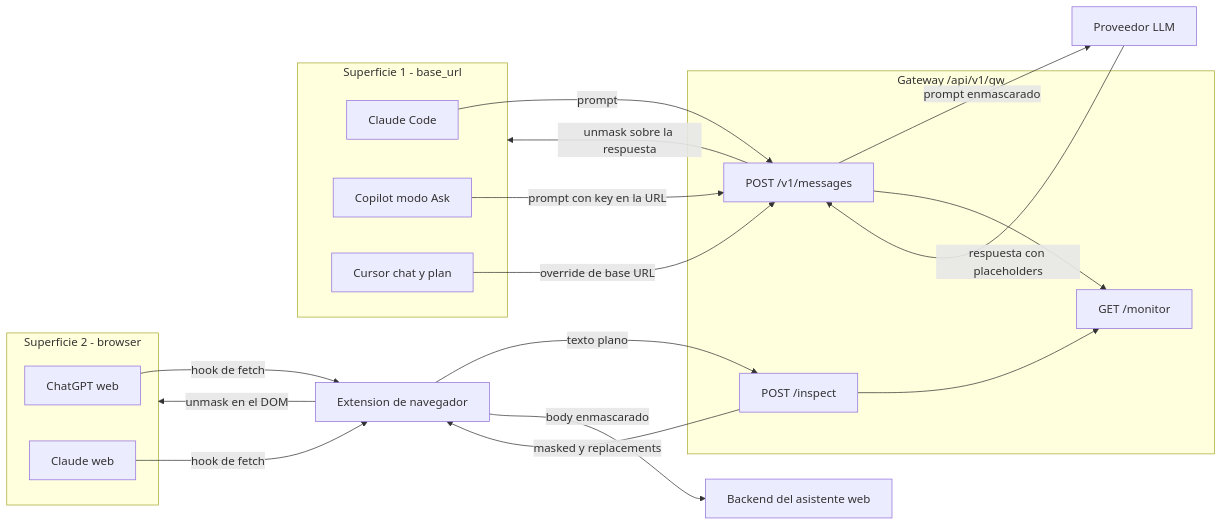
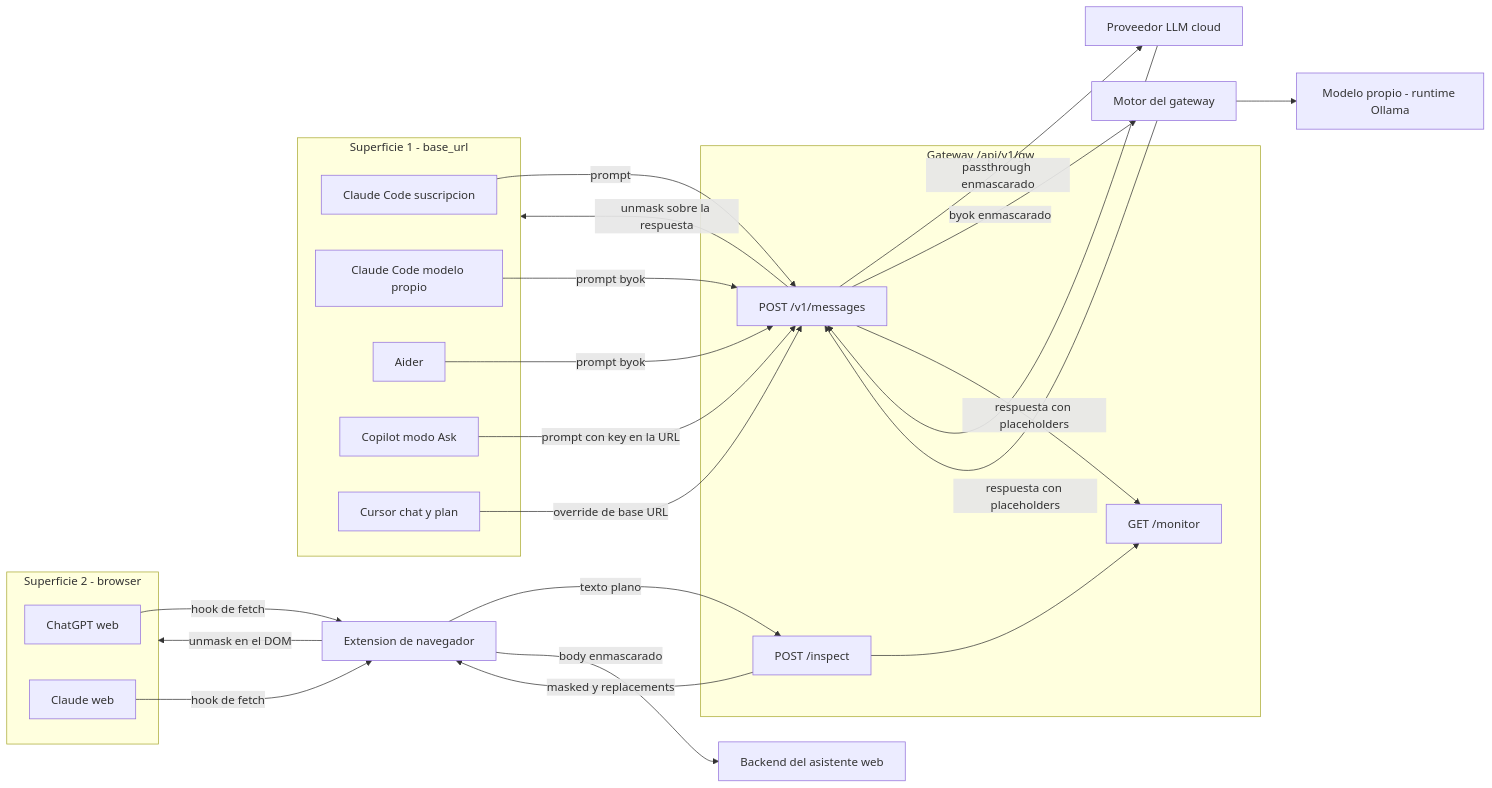
One commit to cluna-8/elea changed the first of 3 diagrams in docs/docs/integrations/index.md. Above: the diagram before and after it, drawn with Mermaid. The commit also changed other lines of this file and 1 other file, not shown here.

Commit message:
docs(024): coherencia post-review de JF — topología §1 con las superficies nuevas + troubleshooting corregido
- mermaid de topología: Claude Code modelo propio + Aider en S1, camino byok →
  motor → runtime Ollama explícito, unmask sobre ambos caminos de vuelta
- operations: la fila 'byok Claude Code falla tool-calling' estaba falsificada
  por el Spike 2 — re-alcanzada a Copilot/Cursor (G1) con el camino agéntico real
- lista de superficies §1 incluye Aider y modelo propio

````diff
--- a/docs/docs/integrations/index.md
+++ b/docs/docs/integrations/index.md
@@ -31,35 +31,44 @@
 ```mermaid
 graph LR
     subgraph S1 [Superficie 1 - base_url]
-        CC[Claude Code]
+        CC[Claude Code suscripcion]
+        CM[Claude Code modelo propio]
+        AI[Aider]
         CP[Copilot modo Ask]
         CU[Cursor chat y plan]
     end
     subgraph S2 [Superficie 2 - browser]
         CH[ChatGPT web]
         CL[Claude web]
     end
     EXT[Extension de navegador]
     subgraph GWY [Gateway /api/v1/gw]
         MSG[POST /v1/messages]
         INS[POST /inspect]
         MON[GET /monitor]
     end
-    LLM[Proveedor LLM]
+    LLM[Proveedor LLM cloud]
+    MOT[Motor del gateway]
+    OLL[Modelo propio - runtime Ollama]
     VEN[Backend del asistente web]
 
     CC -->|prompt| MSG
+    CM -->|prompt byok| MSG
+    AI -->|prompt byok| MSG
     CP -->|prompt con key en la URL| MSG
     CU -->|override de base URL| MSG
     CH -->|hook de fetch| EXT
     CL -->|hook de fetch| EXT
     EXT -->|texto plano| INS
     INS -->|masked y replacements| EXT
     EXT -->|body enmascarado| VEN
-    MSG -->|prompt enmascarado| LLM
+    MSG -->|passthrough enmascarado| LLM
+    MSG -->|byok enmascarado| MOT
+    MOT --> OLL
     LLM -->|respuesta con placeholders| MSG
+    MOT -->|respuesta con placeholders| MSG
     MSG -->|unmask sobre la respuesta| S1
     EXT -->|unmask en el DOM| S2
     MSG --> MON
     INS --> MON
 ```
````
